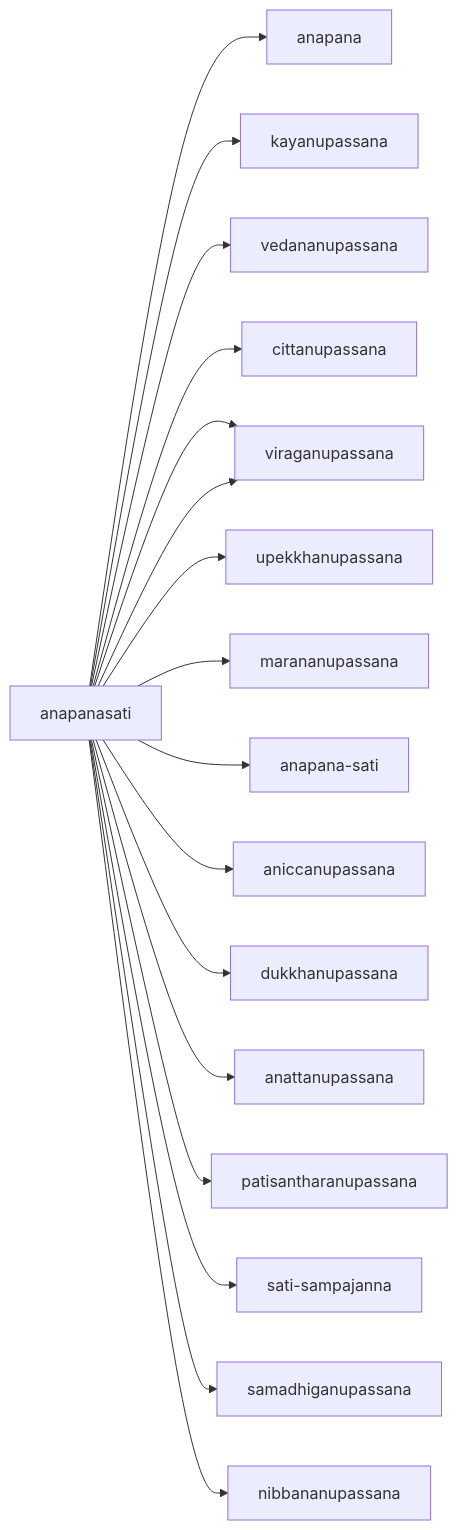
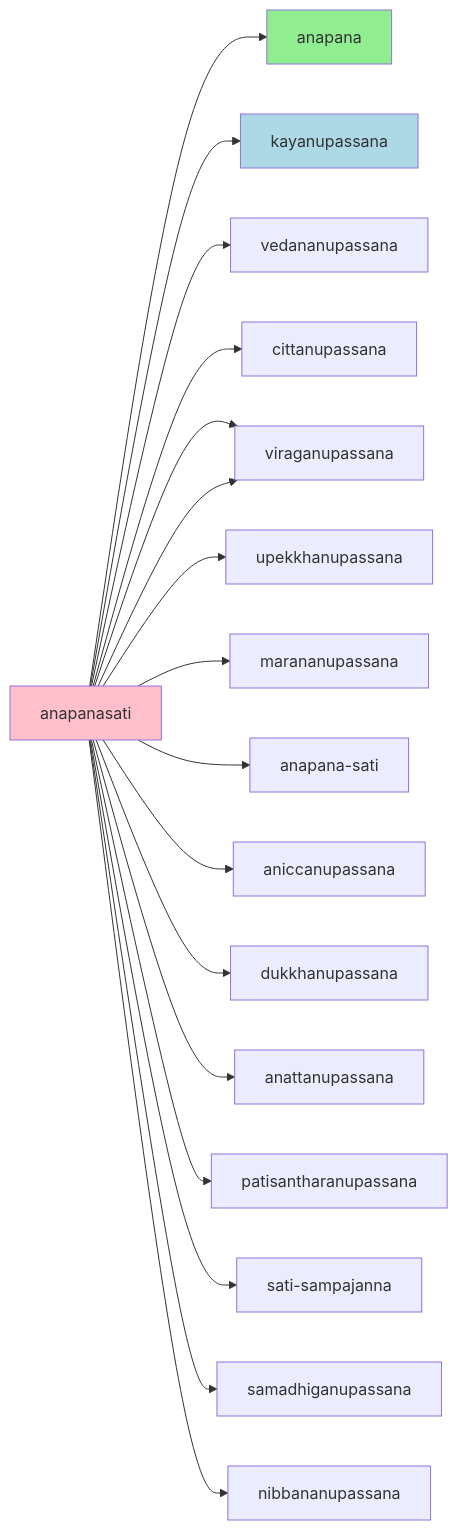
The diagram in docs/anapanasati.md (shane0/shane0.github.io), drawn with Mermaid before and after one commit. The commit also changed other lines of this file and 15 other files, not shown here.

````diff
--- a/docs/anapanasati.md
+++ b/docs/anapanasati.md
@@ -87,19 +87,22 @@
 ```mermaid
 graph LR
 anapanasati --> anapana
 anapanasati --> kayanupassana
 anapanasati --> vedananupassana
 anapanasati --> cittanupassana
 anapanasati --> viraganupassana
 anapanasati --> upekkhanupassana
 anapanasati --> marananupassana
 anapanasati --> anapana-sati
 anapanasati --> aniccanupassana
 anapanasati --> dukkhanupassana
 anapanasati --> anattanupassana
 anapanasati --> viraganupassana
 anapanasati --> patisantharanupassana
 anapanasati --> sati-sampajanna
 anapanasati --> samadhiganupassana
 anapanasati --> nibbananupassana
+style anapana fill: lightgreen
+style kayanupassana fill: lightblue
+style anapanasati fill: pink
 ```
````
